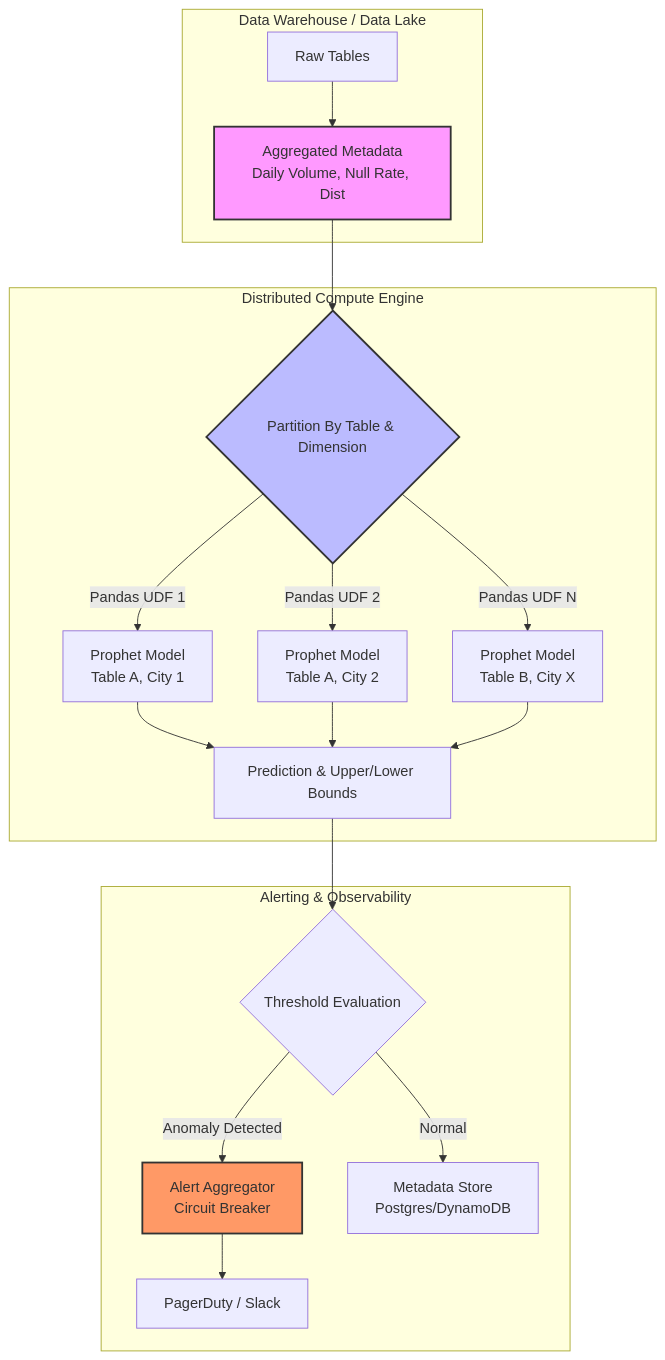
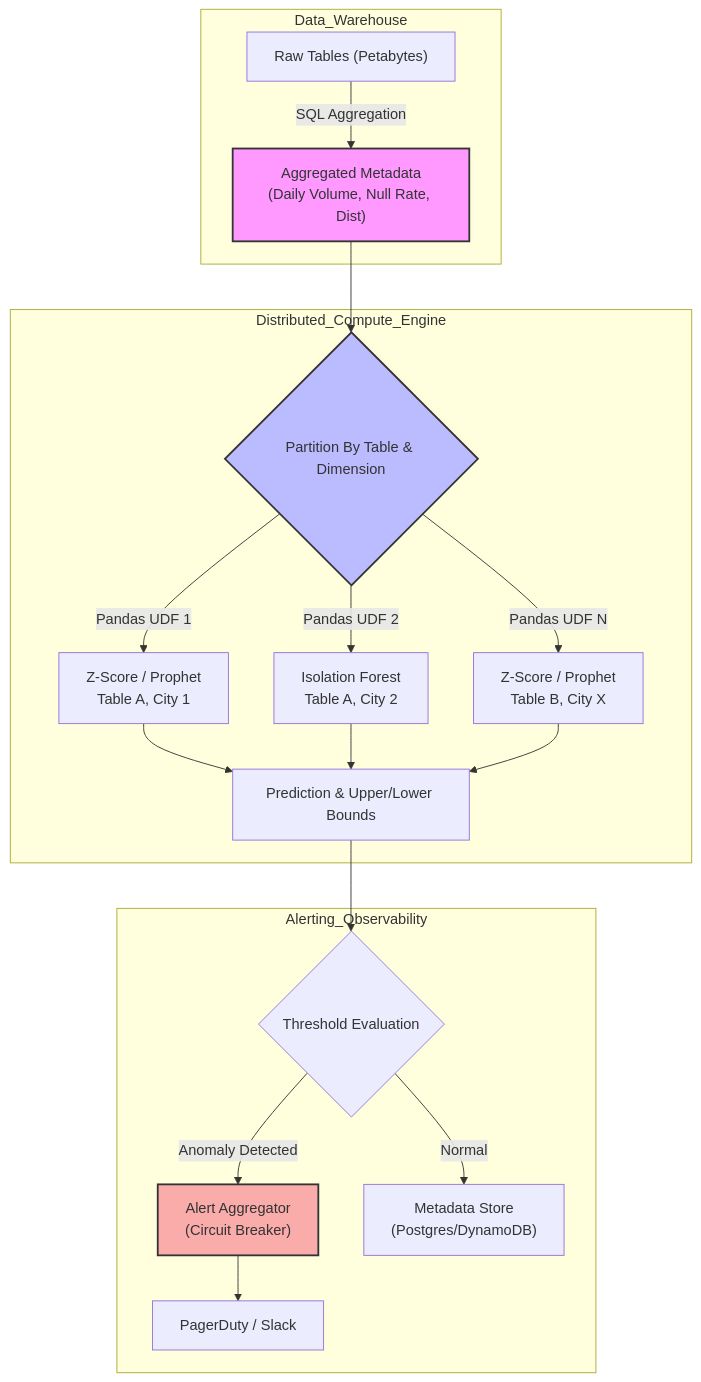
One commit to kythuatdulieu/kythuatdulieu.github.io changed the diagram in src/content/docs/concepts/7-dataops-orchestration-quality/anomaly-detection.md. Above: the diagram before and after it, drawn with Mermaid. The commit also changed other lines of this file and 228 other files, not shown here.

Commit message:
Fix syntax and rewrite 200+ concepts docs to deep-dive system architecture and add GA4 tracking to quiz app

````diff
--- a/src/content/docs/concepts/7-dataops-orchestration-quality/anomaly-detection.md
+++ b/src/content/docs/concepts/7-dataops-orchestration-quality/anomaly-detection.md
@@ -22,29 +22,29 @@
 ```mermaid
 graph TD
-    subgraph Data Warehouse / Data Lake
-        A["Raw Tables"] --> B["Aggregated Metadata\nDaily Volume, Null Rate, Dist"]
+    subgraph Data_Warehouse
+        A["Raw Tables (Petabytes)"] -->|SQL Aggregation| B["Aggregated Metadata\n(Daily Volume, Null Rate, Dist)"]
     end
     
-    subgraph Distributed Compute Engine
+    subgraph Distributed_Compute_Engine
         B --> C{"Partition By Table & Dimension"}
         
-        C -->|Pandas UDF 1| D1["Prophet Model\nTable A, City 1"]
-        C -->|Pandas UDF 2| D2["Prophet Model\nTable A, City 2"]
-        C -->|Pandas UDF N| DN["Prophet Model\nTable B, City X"]
+        C -->|Pandas UDF 1| D1["Z-Score / Prophet\nTable A, City 1"]
+        C -->|Pandas UDF 2| D2["Isolation Forest\nTable A, City 2"]
+        C -->|Pandas UDF N| DN["Z-Score / Prophet\nTable B, City X"]
         
         D1 --> E["Prediction & Upper/Lower Bounds"]
         D2 --> E
         DN --> E
     end
     
-    subgraph Alerting & Observability
+    subgraph Alerting_Observability
         E --> F{"Threshold Evaluation"}
-        F -->|Anomaly Detected| G["Alert Aggregator\nCircuit Breaker"]
+        F -->|Anomaly Detected| G["Alert Aggregator\n(Circuit Breaker)"]
         G --> H["PagerDuty / Slack"]
-        F -->|Normal| I["Metadata Store\nPostgres/DynamoDB"]
+        F -->|Normal| I["Metadata Store\n(Postgres/DynamoDB)"]
     end
 
     style B fill:#f9f,stroke:#333,stroke-width:2px
     style C fill:#bbf,stroke:#333,stroke-width:2px
-    style G fill:#f96,stroke:#333,stroke-width:2px
+    style G fill:#f9acaa,stroke:#333,stroke-width:2px
 ```
````
